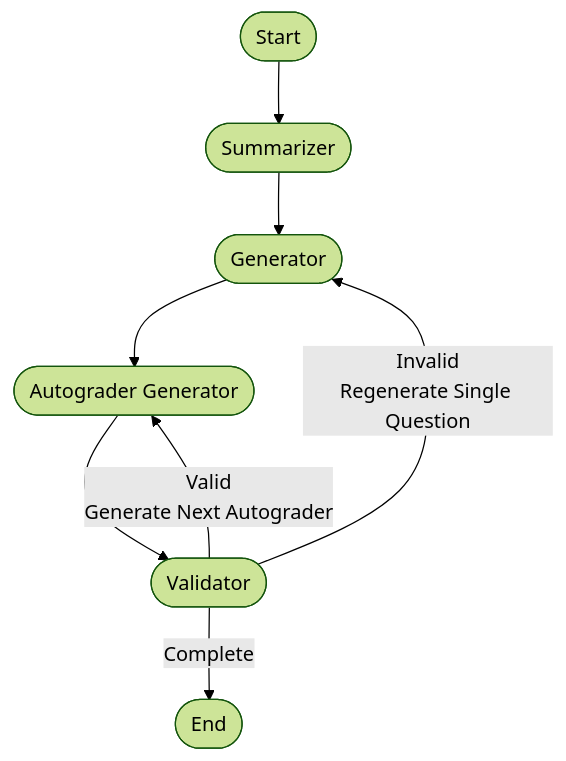
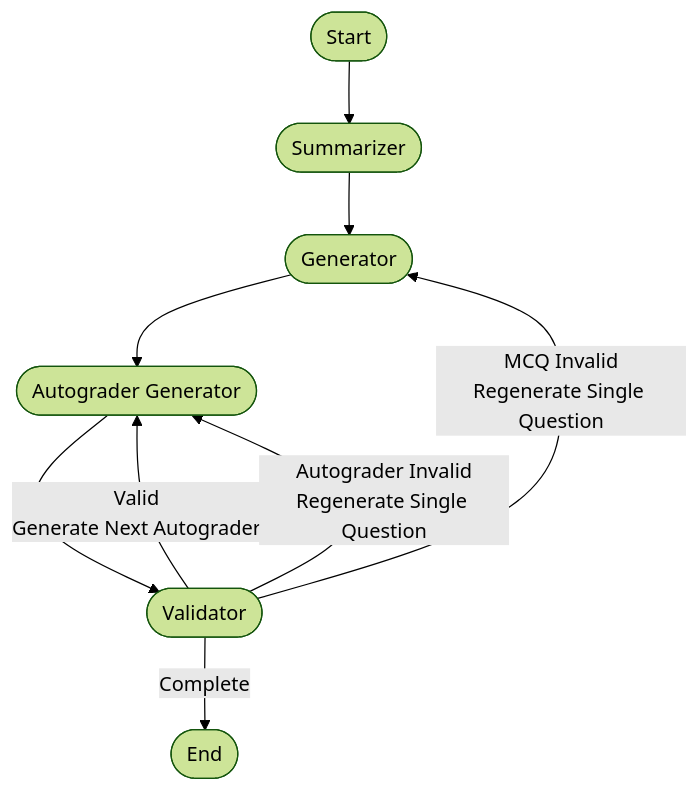
The diagram in README.md (QiyuanTan/Deep-fried-repo), drawn with Mermaid (forest theme) before and after one commit.

````diff
--- a/README.md
+++ b/README.md
@@ -53,19 +53,20 @@
 ```mermaid
 flowchart TD
     START([Start])
     Summarizer([Summarizer])
     Generator([Generator])
     Autograder([Autograder Generator])
     Validator([Validator])
     END([End])
 
     START --> Summarizer
     Summarizer --> Generator
     Generator --> Autograder
     Autograder --> Validator
 
     Validator -- "Valid<br>Generate Next Autograder" --> Autograder
-    Validator -- "Invalid<br>Regenerate Single Question" --> Generator
+    Validator -- "MCQ Invalid<br>Regenerate Single Question" --> Generator
+    Validator -- "Autograder Invalid<br>Regenerate Single Question" --> Autograder
     Validator -- "Complete" --> END
 
 ```
````
